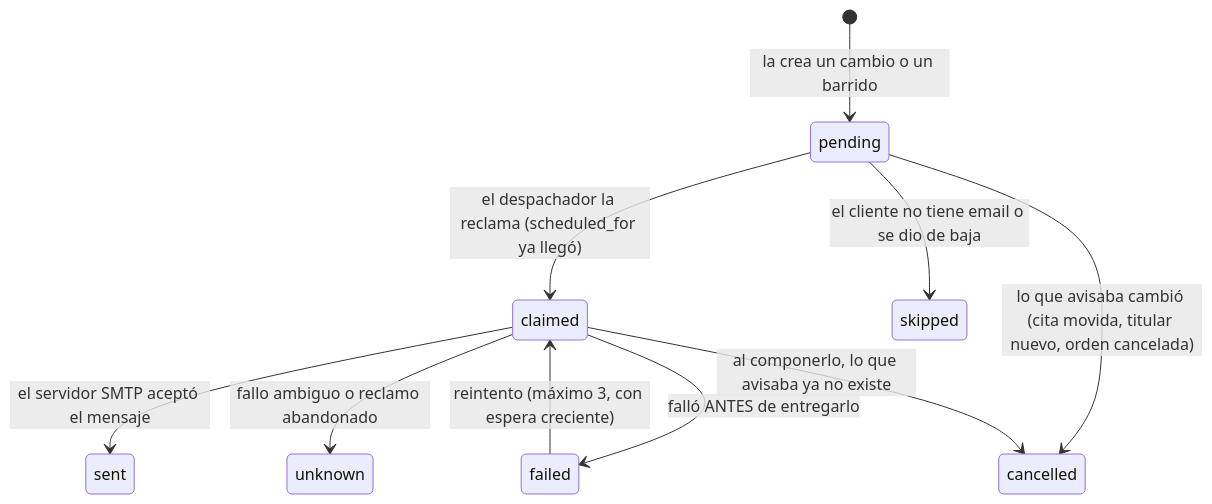
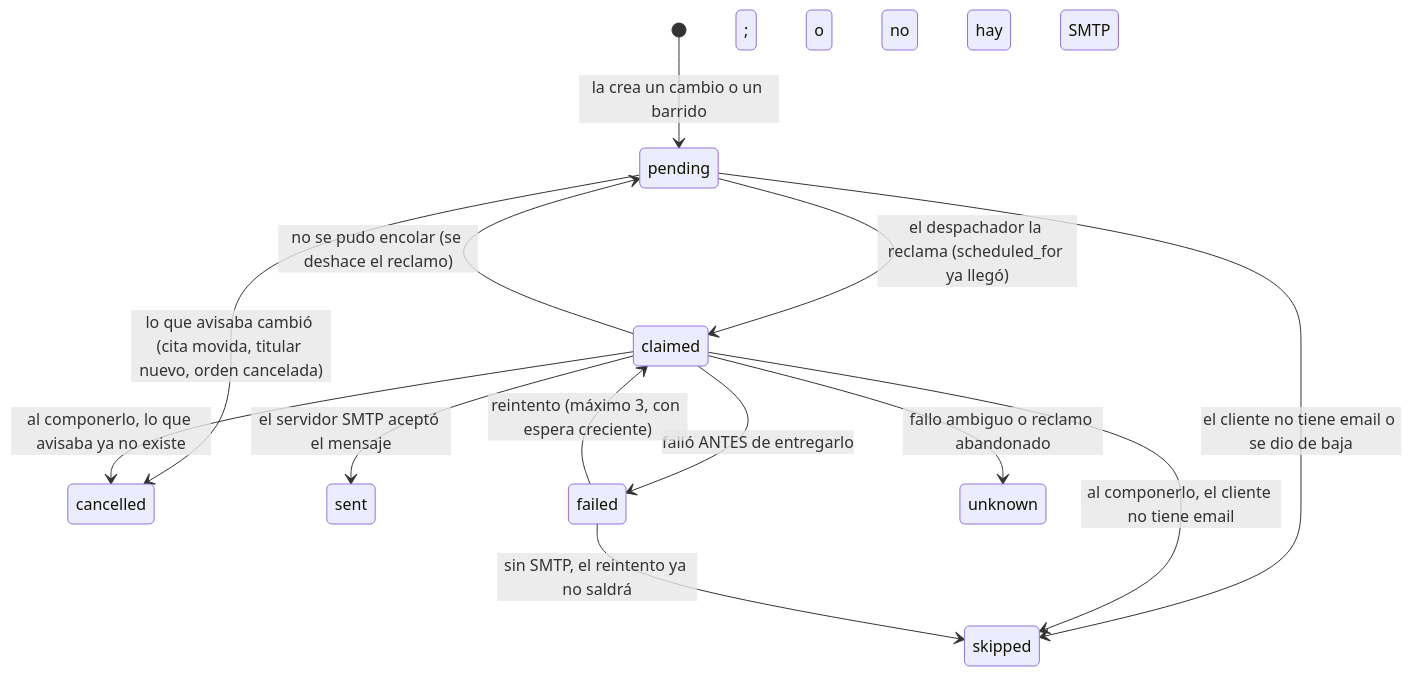
The sixth of 6 diagrams in docs/arquitectura/index.md (iMiguel10/axtton-core), drawn with Mermaid before and after one commit. The commit also changed other lines of this file and 19 other files, not shown here.

````diff
--- a/docs/arquitectura/index.md
+++ b/docs/arquitectura/index.md
@@ -665,12 +665,15 @@
 ```mermaid
 stateDiagram-v2
     [*] --> pending: la crea un cambio o un barrido
     pending --> claimed: el despachador la reclama (scheduled_for ya llegó)
     pending --> cancelled: lo que avisaba cambió (cita movida, titular nuevo, orden cancelada)
     pending --> skipped: el cliente no tiene email o se dio de baja
     claimed --> sent: el servidor SMTP aceptó el mensaje
     claimed --> failed: falló ANTES de entregarlo
     failed --> claimed: reintento (máximo 3, con espera creciente)
     claimed --> unknown: fallo ambiguo o reclamo abandonado
     claimed --> cancelled: al componerlo, lo que avisaba ya no existe
+    claimed --> skipped: al componerlo, el cliente no tiene email; o no hay SMTP
+    claimed --> pending: no se pudo encolar (se deshace el reclamo)
+    failed --> skipped: sin SMTP, el reintento ya no saldrá
 ```
````
